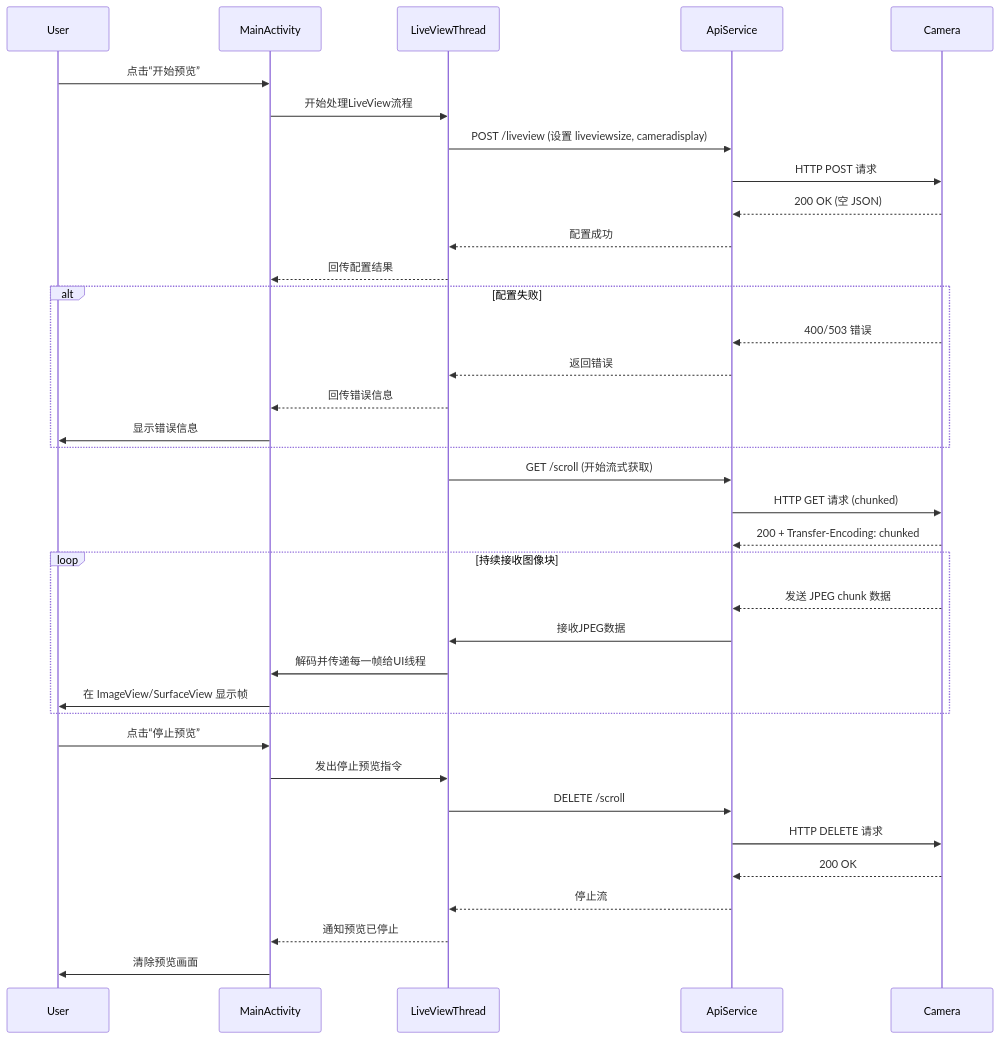
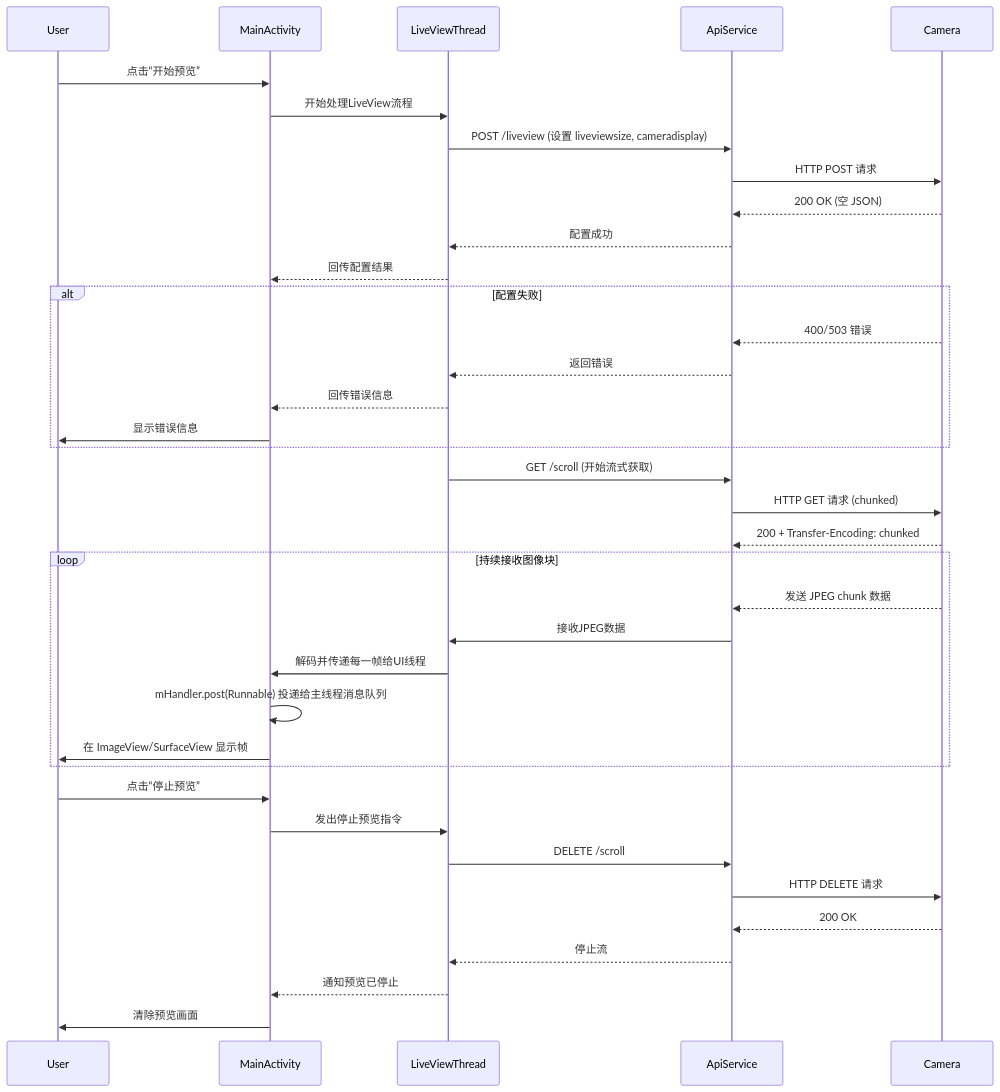
The diagram in misc/sequence.mmd (Sparks-Lu/Utils), drawn with Mermaid before and after one commit. The commit also changed 12 other files, not shown here.

```diff
--- a/misc/sequence.mmd
+++ b/misc/sequence.mmd
@@ -1,40 +1,41 @@
 sequenceDiagram
     participant User
     participant MainActivity
     participant LiveViewThread
     participant ApiService
     participant Camera
 
     User->>MainActivity: 点击“开始预览”
     MainActivity->>LiveViewThread: 开始处理LiveView流程
     LiveViewThread->>ApiService: POST /liveview (设置 liveviewsize, cameradisplay)
     ApiService->>Camera: HTTP POST 请求
     Camera-->>ApiService: 200 OK (空 JSON)
     ApiService-->>LiveViewThread: 配置成功
     LiveViewThread-->>MainActivity: 回传配置结果
 
     alt 配置失败
         Camera-->>ApiService: 400/503 错误
         ApiService-->>LiveViewThread: 返回错误
         LiveViewThread-->>MainActivity: 回传错误信息
         MainActivity->>User: 显示错误信息
     end
 
     LiveViewThread->>ApiService: GET /scroll (开始流式获取)
     ApiService->>Camera: HTTP GET 请求 (chunked)
     Camera-->>ApiService: 200 + Transfer-Encoding: chunked
     loop 持续接收图像块
         Camera-->>ApiService: 发送 JPEG chunk 数据
         ApiService->>LiveViewThread: 接收JPEG数据
         LiveViewThread->>MainActivity: 解码并传递每一帧给UI线程
+        MainActivity->>MainActivity: mHandler.post(Runnable) 投递给主线程消息队列
         MainActivity->>User: 在 ImageView/SurfaceView 显示帧
     end
 
     User->>MainActivity: 点击“停止预览”
     MainActivity->>LiveViewThread: 发出停止预览指令
     LiveViewThread->>ApiService: DELETE /scroll
     ApiService->>Camera: HTTP DELETE 请求
     Camera-->>ApiService: 200 OK
     ApiService-->>LiveViewThread: 停止流
     LiveViewThread-->>MainActivity: 通知预览已停止
     MainActivity->>User: 清除预览画面
```
